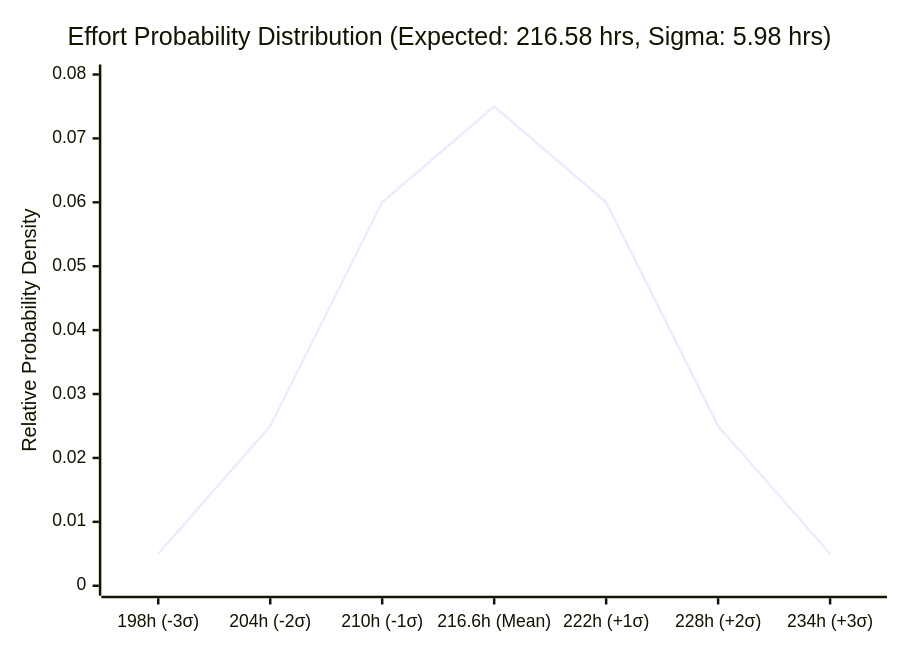
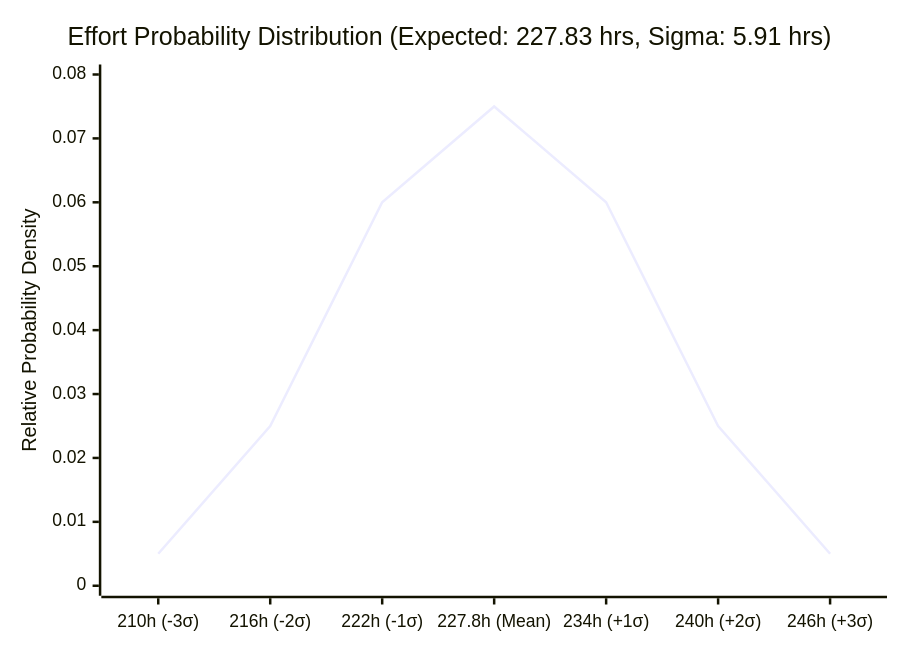
The first of 2 diagrams in docs/estimation.md (sohaibAkhlaq/sqe_pretix_project), drawn with Mermaid before and after one commit. The commit also changed other lines of this file and 92 other files, not shown here.

````diff
--- a/docs/estimation.md
+++ b/docs/estimation.md
@@ -120,7 +120,7 @@
 ```mermaid
 xychart-beta
-    title "Effort Probability Distribution (Expected: 216.58 hrs, Sigma: 5.98 hrs)"
-    x-axis ["198h (-3σ)", "204h (-2σ)", "210h (-1σ)", "216.6h (Mean)", "222h (+1σ)", "228h (+2σ)", "234h (+3σ)"]
+    title "Effort Probability Distribution (Expected: 227.83 hrs, Sigma: 5.91 hrs)"
+    x-axis ["210h (-3σ)", "216h (-2σ)", "222h (-1σ)", "227.8h (Mean)", "234h (+1σ)", "240h (+2σ)", "246h (+3σ)"]
     y-axis "Relative Probability Density" 0 --> 0.08
     line [0.005, 0.025, 0.060, 0.075, 0.060, 0.025, 0.005]
 ```
````
